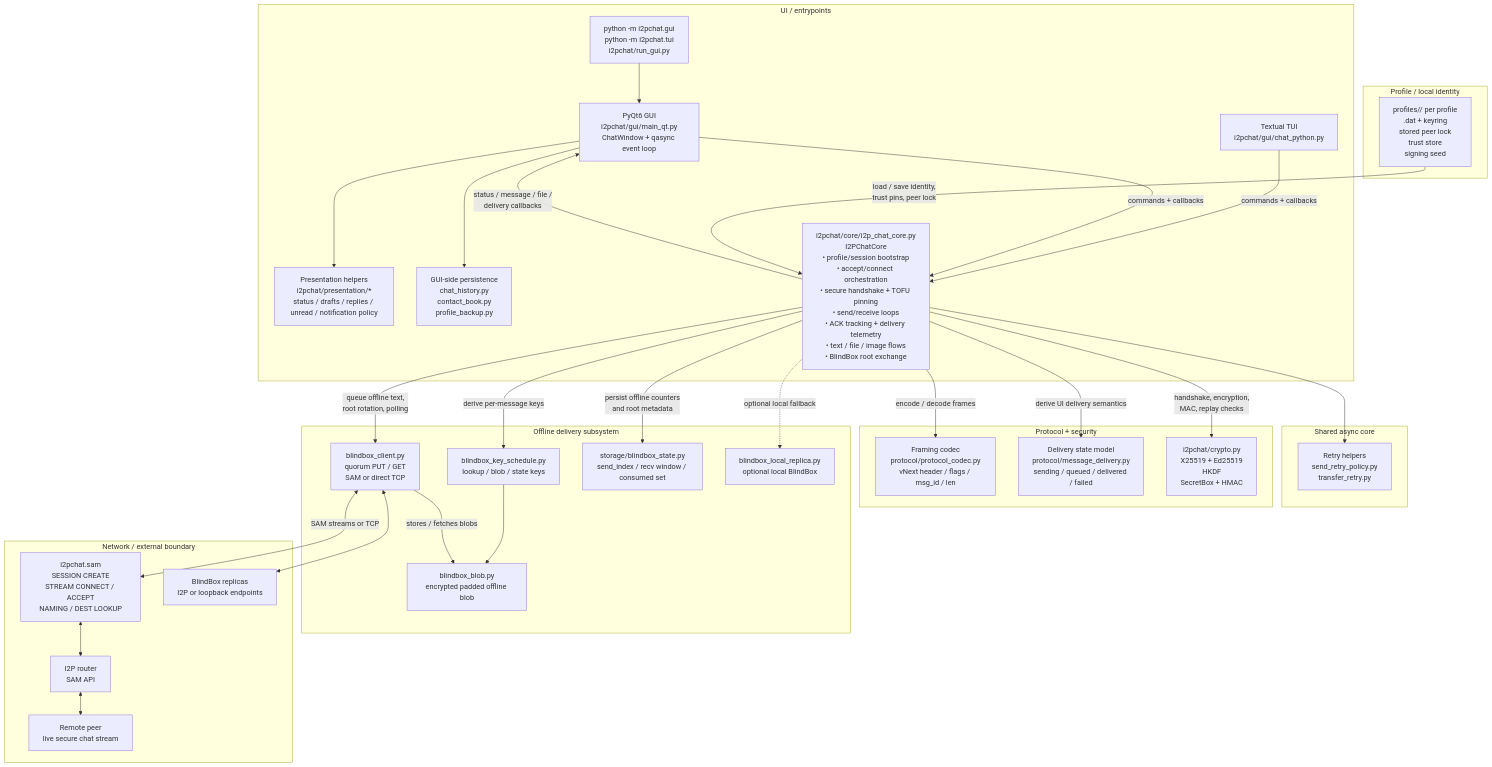
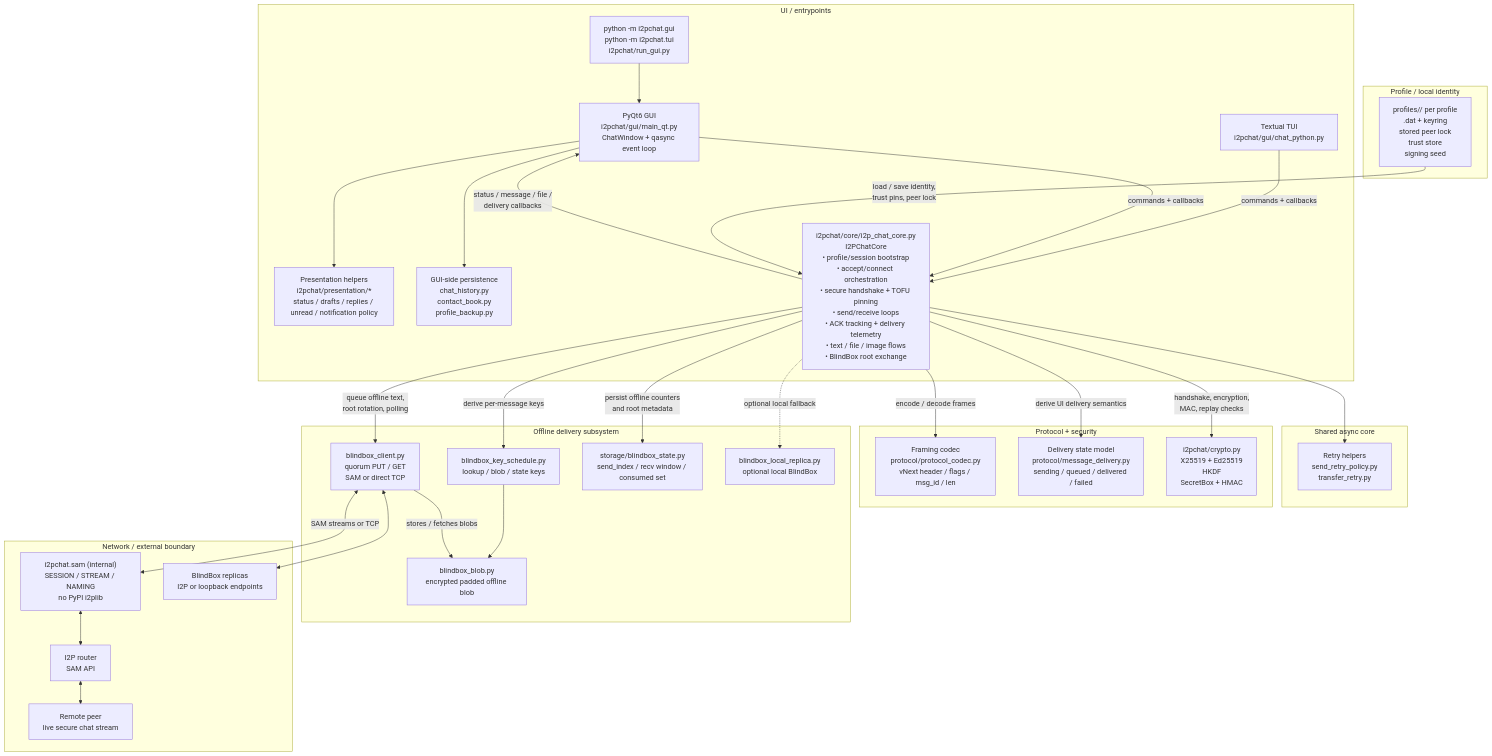
One commit to MetanoicArmor/I2PChat changed the diagram in README.md. Above: the diagram before and after it, drawn with Mermaid. The commit also changed other lines of this file and 6 other files, not shown here.

First line of the commit message:
docs: i2pchat.sam + uv; RELEASE_1.2.4; README artifact names v1.2.4

```diff
--- a/README.md
+++ b/README.md
@@ -139,10 +141,9 @@
     end
 
     subgraph Transport["Network / external boundary"]
-        samLayer["i2pchat.sam
-SESSION CREATE
-STREAM CONNECT / ACCEPT
-NAMING / DEST LOOKUP"]
+        samLayer["i2pchat.sam (internal)
+SESSION / STREAM / NAMING
+no PyPI i2plib"]
         sam["I2P router
 SAM API"]
         peer["Remote peer
```
